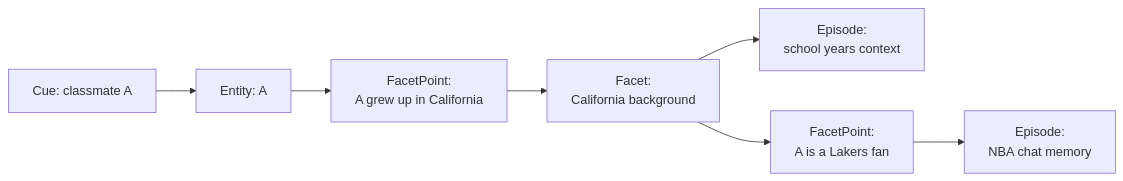
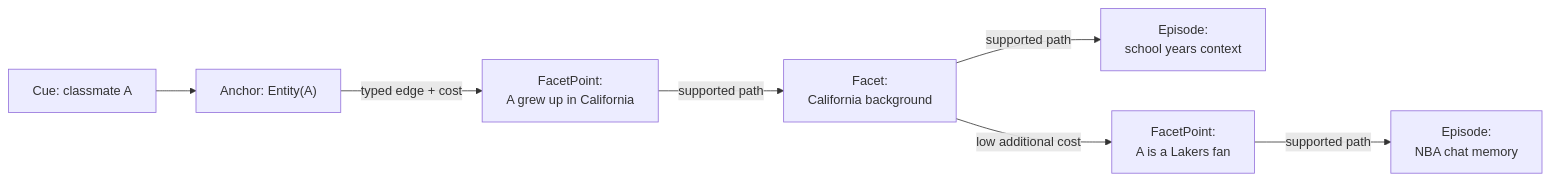
Before and after one commit to CloudEngineHub/m_flow: the third of 4 diagrams in README.md, drawn with Mermaid. The commit also changed other lines of this file, not shown here.

First line of the commit message:
docs(readme): restore core narrative and make diagrams supplementary

````diff
--- a/README.md
+++ b/README.md
@@ -80,9 +92,9 @@
 ```mermaid
 flowchart LR
-    Q["Cue: classmate A"] --> A["Entity: A"]
-    A --> FP1["FacetPoint:\nA grew up in California"]
-    FP1 --> F1["Facet:\nCalifornia background"]
-    F1 --> E1["Episode:\nschool years context"]
-    F1 --> FP2["FacetPoint:\nA is a Lakers fan"]
-    FP2 --> E2["Episode:\nNBA chat memory"]
+    Q["Cue: classmate A"] --> A["Anchor: Entity(A)"]
+    A -->|typed edge + cost| FP1["FacetPoint:\nA grew up in California"]
+    FP1 -->|supported path| F1["Facet:\nCalifornia background"]
+    F1 -->|supported path| E1["Episode:\nschool years context"]
+    F1 -->|low additional cost| FP2["FacetPoint:\nA is a Lakers fan"]
+    FP2 -->|supported path| E2["Episode:\nNBA chat memory"]
 ```
````
